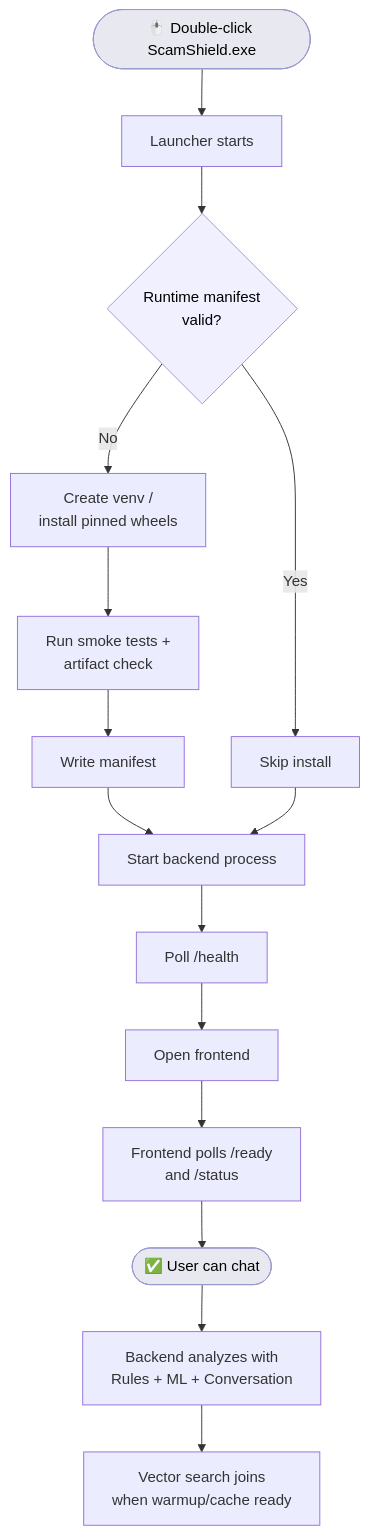
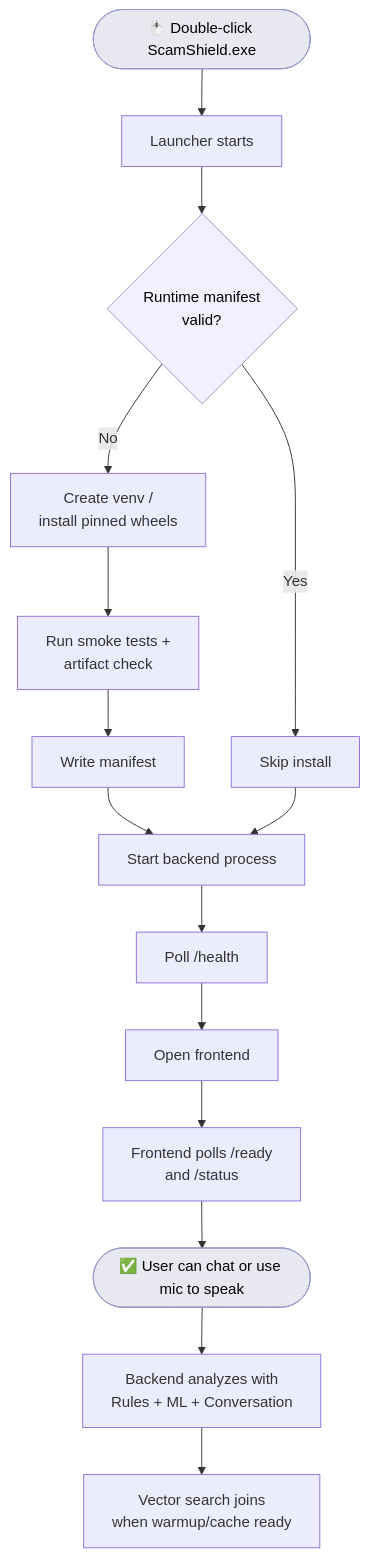
The diagram in README.md (LucidFramesStudios/scamshield), drawn with Mermaid before and after one commit.

````diff
--- a/README.md
+++ b/README.md
@@ -55,25 +55,25 @@
 ```mermaid
 flowchart TD
     A([🖱️ Double-click ScamShield.exe]) --> B[Launcher starts]
     B --> C{Runtime manifest\nvalid?}
 
     C -- No --> D[Create venv /\ninstall pinned wheels]
     D --> E[Run smoke tests +\nartifact check]
     E --> F[Write manifest]
     F --> G[Start backend process]
 
     C -- Yes --> H[Skip install]
     H --> G
 
     G --> I[Poll /health]
     I --> J[Open frontend]
     J --> K[Frontend polls /ready\nand /status]
-    K --> L([✅ User can chat])
+    K --> L([✅ User can chat or use mic to speak])
 
     L --> M[Backend analyzes with\nRules + ML + Conversation]
     M --> N[Vector search joins\nwhen warmup/cache ready]
 
     style A fill:#e8e8f0,stroke:#9999cc,color:#000
     style L fill:#e8e8f0,stroke:#9999cc,color:#000
     style C fill:#f0f0ff,stroke:#9999cc,color:#000
 ```
````
